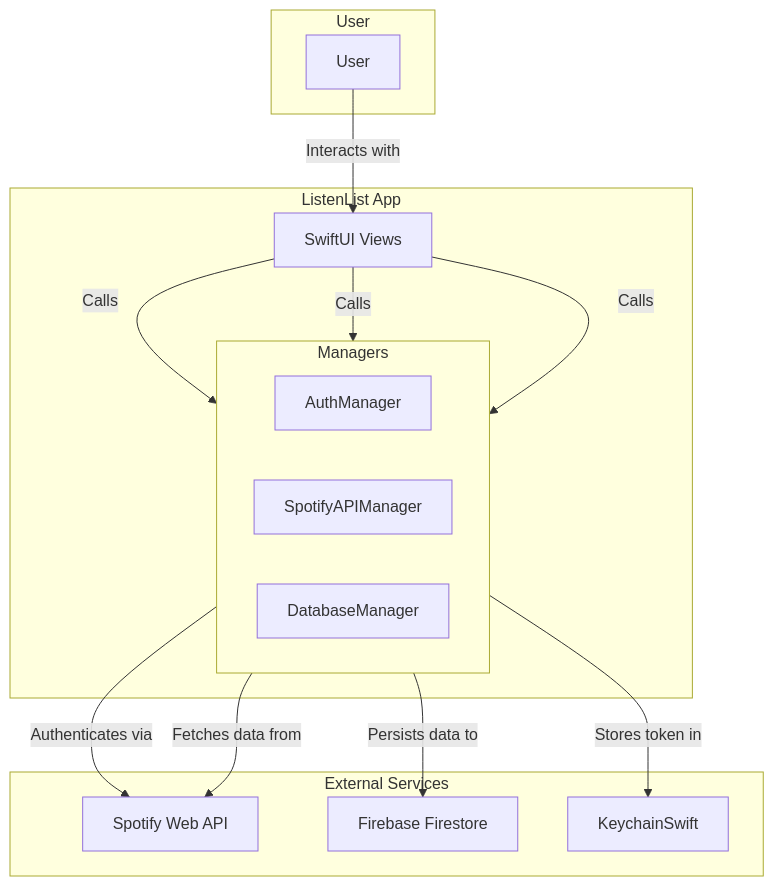
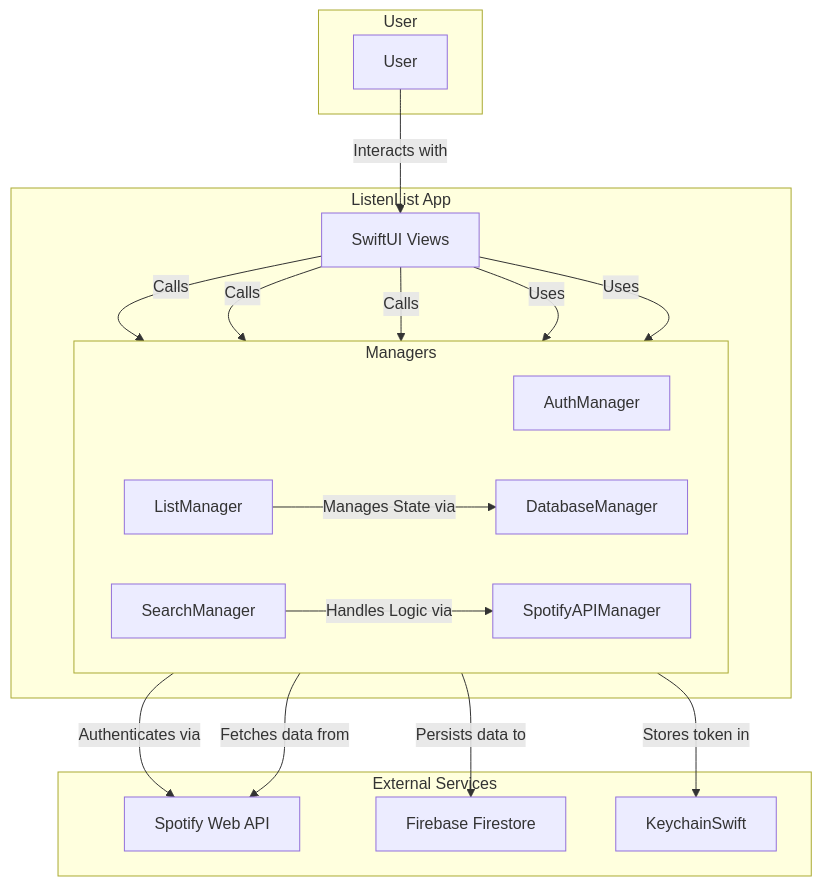
One commit to b1codes/ListenList-iOS changed the diagram in README.md. Above: the diagram before and after it, drawn with Mermaid. The commit also changed other lines of this file, not shown here.

Commit message:
docs: update README with new features, architecture, and setup instructions

````diff
--- a/README.md
+++ b/README.md
@@ -26,34 +32,40 @@
 ```mermaid
 graph TD
     subgraph "User"
         U[User]
     end
 
     subgraph "ListenList App"
         UI[SwiftUI Views]
         Managers
     end
 
     subgraph "Managers"
         direction LR
         Auth[AuthManager]
         API[SpotifyAPIManager]
         DB[DatabaseManager]
+        List[ListManager]
+        Search[SearchManager]
     end
 
     subgraph "External Services"
         Spotify[Spotify Web API]
         Firebase[Firebase Firestore]
         Keychain[KeychainSwift]
     end
 
     U -- Interacts with --> UI
     UI -- Calls --> Auth
     UI -- Calls --> API
     UI -- Calls --> DB
+    UI -- Uses --> List
+    UI -- Uses --> Search
 
     Auth -- Authenticates via --> Spotify
     Auth -- Stores token in --> Keychain
     API -- Fetches data from --> Spotify
     DB -- Persists data to --> Firebase
+    List -- Manages State via --> DB
+    Search -- Handles Logic via --> API
 ```
````
